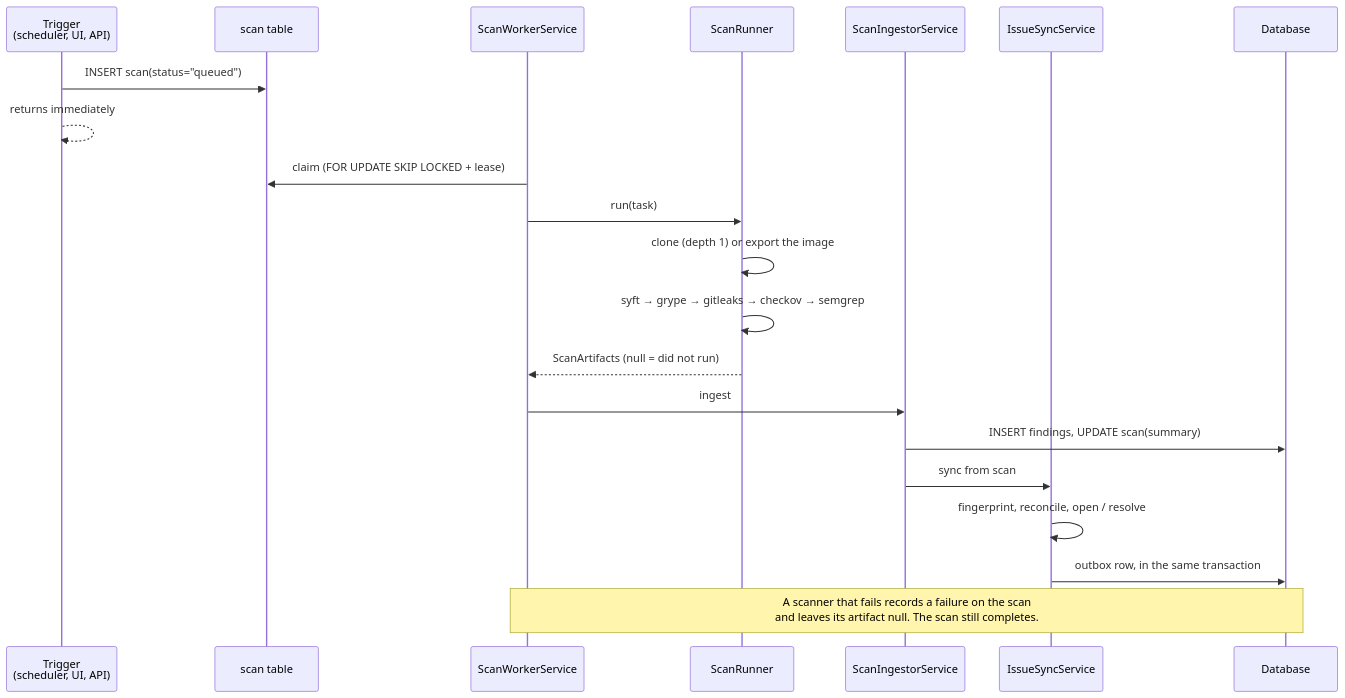
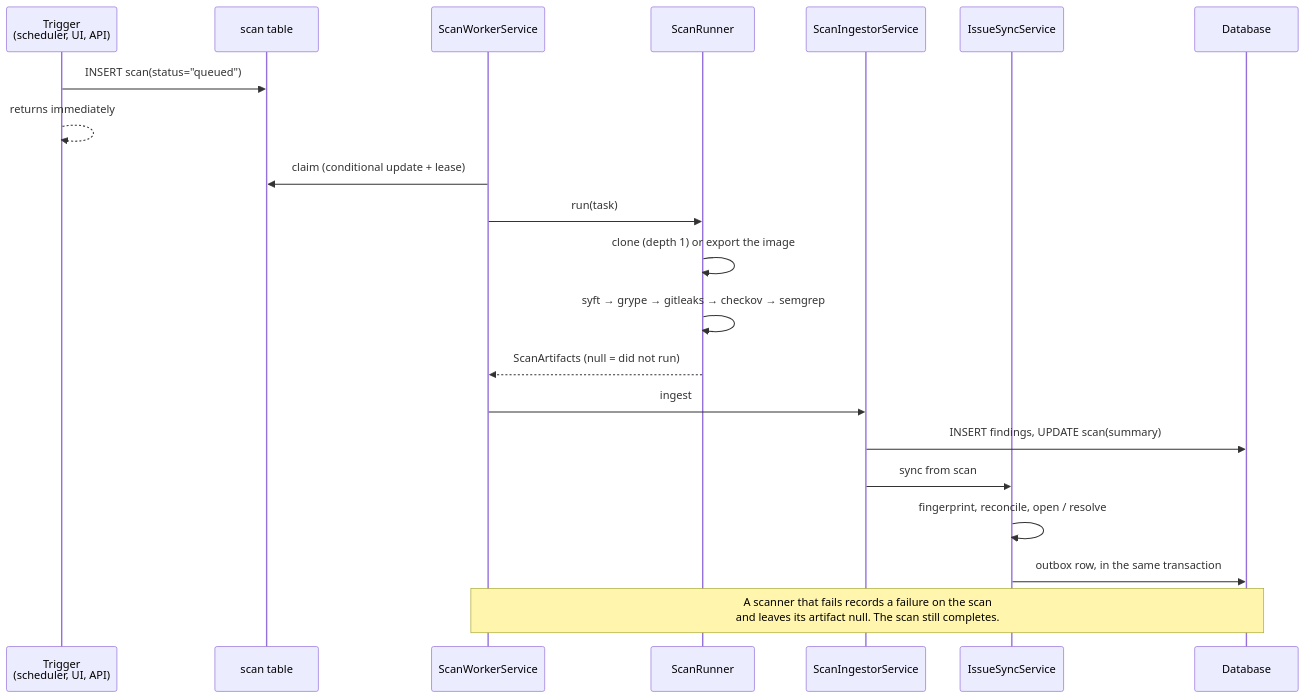
One commit to asmolabs/vectispire changed the third of 3 diagrams in docs/en/TECHNICAL_DOCUMENTATION.md. Above: the diagram before and after it, drawn with Mermaid. The commit also changed 4 other files, not shown here.

First line of the commit message:
docs(scanning): the scan claim is a conditional take, not FOR UPDATE SKIP LOCKED, wherever that was still said

````diff
--- a/docs/en/TECHNICAL_DOCUMENTATION.md
+++ b/docs/en/TECHNICAL_DOCUMENTATION.md
@@ -268,24 +268,24 @@
 ```mermaid
 sequenceDiagram
     participant T as Trigger<br/>(scheduler, UI, API)
     participant Q as scan table
     participant W as ScanWorkerService
     participant R as ScanRunner
     participant I as ScanIngestorService
     participant S as IssueSyncService
     participant DB as Database
 
     T->>Q: INSERT scan(status="queued")
     T-->>T: returns immediately
-    W->>Q: claim (FOR UPDATE SKIP LOCKED + lease)
+    W->>Q: claim (conditional update + lease)
     W->>R: run(task)
     R->>R: clone (depth 1) or export the image
     R->>R: syft → grype → gitleaks → checkov → semgrep
     R-->>W: ScanArtifacts (null = did not run)
     W->>I: ingest
     I->>DB: INSERT findings, UPDATE scan(summary)
     I->>S: sync from scan
     S->>S: fingerprint, reconcile, open / resolve
     S->>DB: outbox row, in the same transaction
     Note over W,DB: A scanner that fails records a failure on the scan<br/>and leaves its artifact null. The scan still completes.
 ```
````
